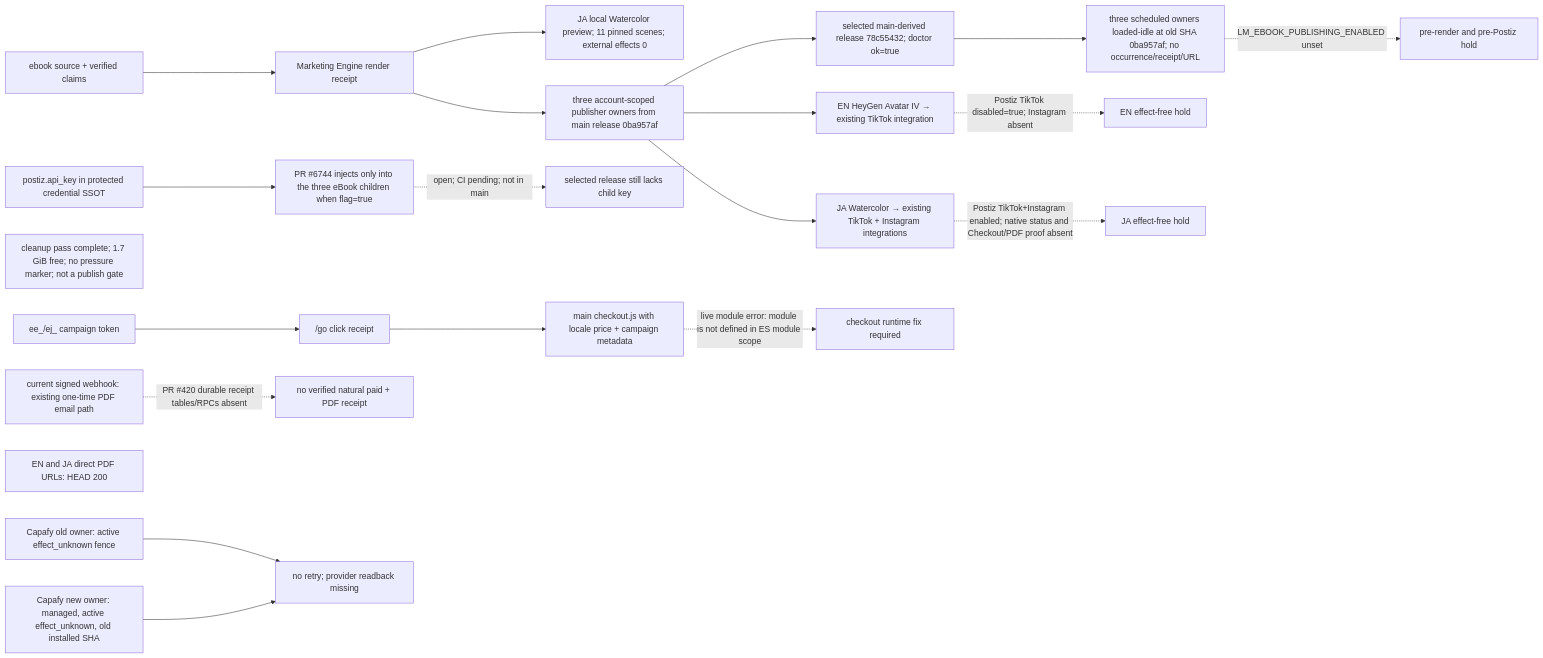
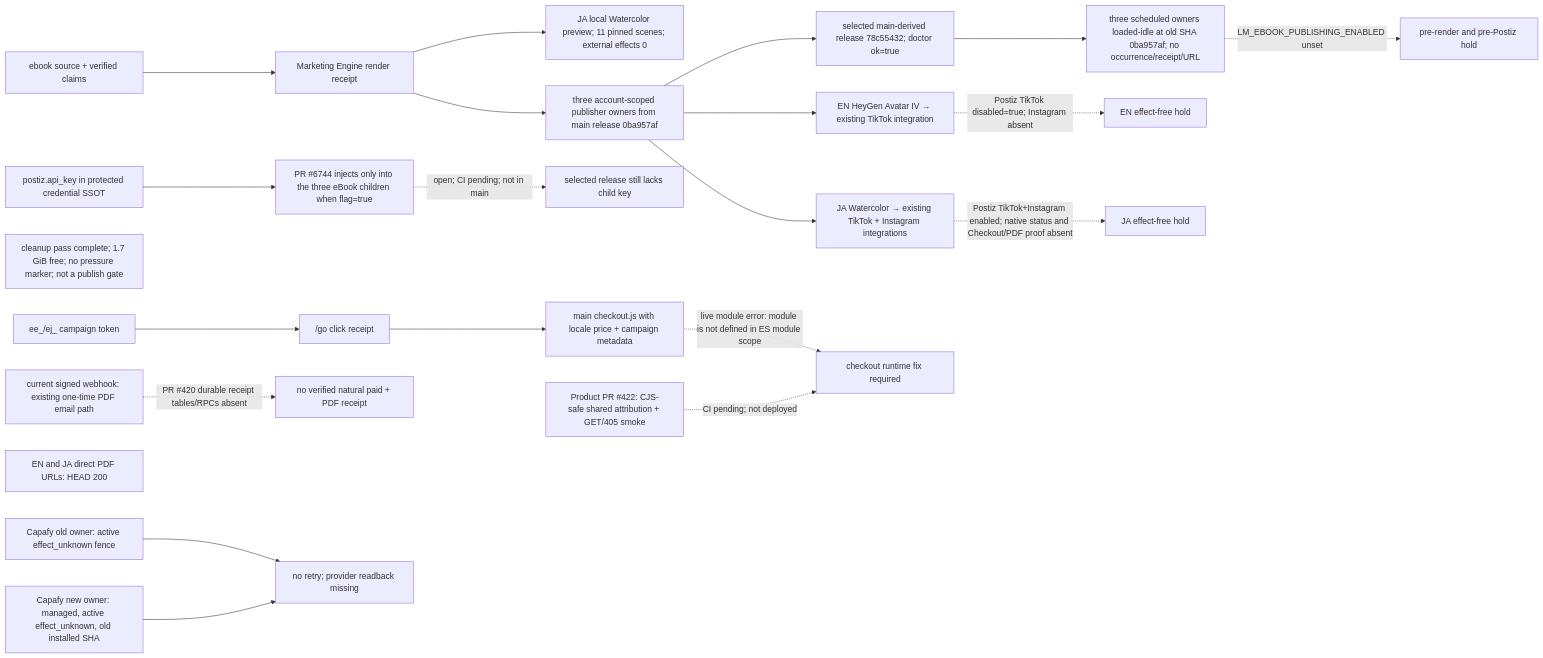
Before and after one commit to Daisuke134/life-manager: the first of 3 diagrams in docs/superpowers/specs/2026-10-05-ebook-revenue-loop-design.md, drawn with Mermaid. The commit also changed other lines of this file and 2 other files, not shown here.

```diff
--- a/docs/superpowers/specs/2026-10-05-ebook-revenue-loop-design.md
+++ b/docs/superpowers/specs/2026-10-05-ebook-revenue-loop-design.md
@@ -100,23 +106,24 @@
 ~~~mermaid
 flowchart LR
   CONTENT["ebook source + verified claims"] --> ENGINE["Marketing Engine render receipt"]
   ENGINE --> PREVIEW["JA local Watercolor preview; 11 pinned scenes; external effects 0"]
   ENGINE --> SOURCE["three account-scoped publisher owners from main release 0ba957af"]
   SOURCE --> RELEASE["selected main-derived release 78c55432; doctor ok=true"]
   RELEASE --> OWNER["three scheduled owners loaded-idle at old SHA 0ba957af; no occurrence/receipt/URL"]
   OWNER -. "LM_EBOOK_PUBLISHING_ENABLED unset" .-> NORUNTIME["pre-render and pre-Postiz hold"]
   KEY["postiz.api_key in protected credential SSOT"] --> WIRING["PR #6744 injects only into the three eBook children when flag=true"]
   WIRING -. "open; CI pending; not in main" .-> ENV["selected release still lacks child key"]
   DISK["cleanup pass complete; 1.7 GiB free; no pressure marker; not a publish gate"]
   SOURCE --> EN["EN HeyGen Avatar IV → existing TikTok integration"]
   SOURCE --> JA["JA Watercolor → existing TikTok + Instagram integrations"]
   EN -. "Postiz TikTok disabled=true; Instagram absent" .-> ENHOLD["EN effect-free hold"]
   JA -. "Postiz TikTok+Instagram enabled; native status and Checkout/PDF proof absent" .-> JAHOLD["JA effect-free hold"]
   TOKEN["ee_/ej_ campaign token"] --> GO["/go click receipt"]
   GO --> CHECKOUT["main checkout.js with locale price + campaign metadata"]
   CHECKOUT -. "live module error: module is not defined in ES module scope" .-> CHECKOUTHOLD["checkout runtime fix required"]
+  CHECKOUTFIX["Product PR #422: CJS-safe shared attribution + GET/405 smoke"] -. "CI pending; not deployed" .-> CHECKOUTHOLD
   WH["current signed webhook: existing one-time PDF email path"] -. "PR #420 durable receipt tables/RPCs absent" .-> NOORDER["no verified natural paid + PDF receipt"]
   PDF["EN and JA direct PDF URLs: HEAD 200"]
   OLD["Capafy old owner: active effect_unknown fence"] --> HOLD["no retry; provider readback missing"]
   NEW["Capafy new owner: managed, active effect_unknown, old installed SHA"] --> HOLD
 ~~~
```
